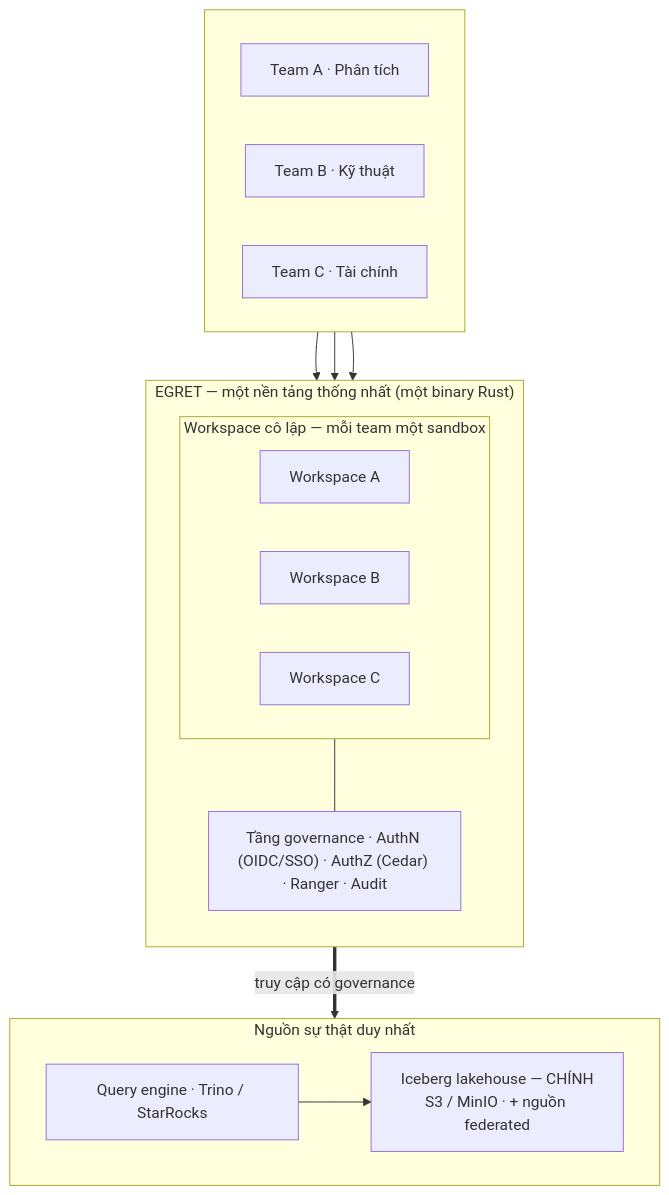
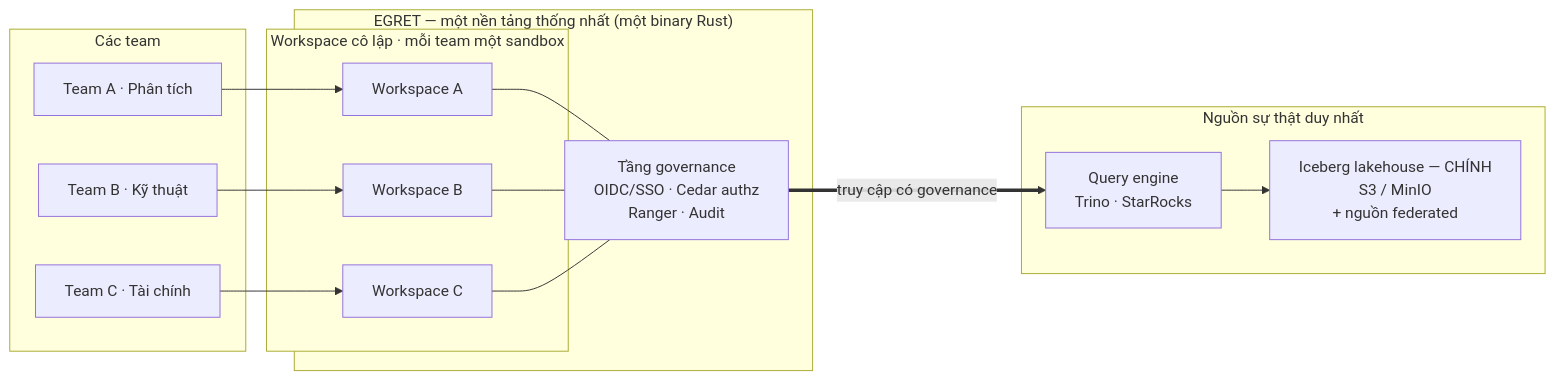
One commit to egret-data/platform changed the first of 7 diagrams in README.vi.md. Above: the diagram before and after it, drawn with Mermaid. The commit also changed other lines of this file and 1 other file, not shown here.

First line of the commit message:
docs(readme): make the big-picture diagram render wide instead of tall

````diff
--- a/README.vi.md
+++ b/README.vi.md
@@ -32,33 +32,31 @@
 ```mermaid
-flowchart TB
-    subgraph TEAMS[" "]
-        direction LR
+flowchart LR
+    subgraph TEAMS["Các team"]
         A["Team A · Phân tích"]
         B["Team B · Kỹ thuật"]
         C["Team C · Tài chính"]
     end
 
     subgraph EGRET["EGRET — một nền tảng thống nhất (một binary Rust)"]
-        direction TB
-        subgraph WS["Workspace cô lập — mỗi team một sandbox"]
-            direction LR
+        subgraph WS["Workspace cô lập · mỗi team một sandbox"]
             WA["Workspace A"]
             WB["Workspace B"]
             WC["Workspace C"]
         end
-        GOV["Tầng governance · AuthN (OIDC/SSO) · AuthZ (Cedar) · Ranger · Audit"]
-        WS --- GOV
+        GOV["Tầng governance<br/>OIDC/SSO · Cedar authz<br/>Ranger · Audit"]
+        WA --- GOV
+        WB --- GOV
+        WC --- GOV
     end
 
     subgraph SOT["Nguồn sự thật duy nhất"]
-        direction LR
-        ENG["Query engine · Trino / StarRocks"]
-        LAKE["Iceberg lakehouse — CHÍNH<br/>S3 / MinIO · + nguồn federated"]
-        ENG --> LAKE
+        ENG["Query engine<br/>Trino · StarRocks"]
+        LAKE["Iceberg lakehouse — CHÍNH<br/>S3 / MinIO<br/>+ nguồn federated"]
     end
 
     A --> WA
     B --> WB
     C --> WC
     GOV ==>|"truy cập có governance"| ENG
+    ENG --> LAKE
 ```
````
